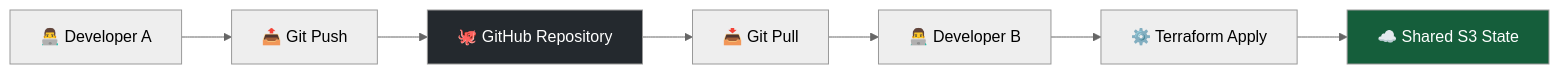
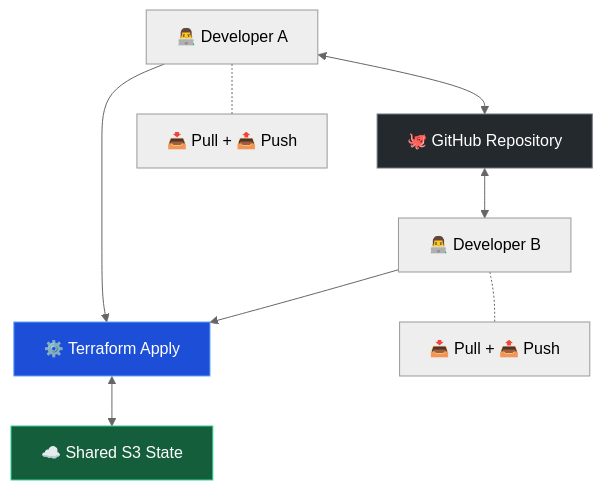
The third of 3 diagrams in day-4-state-backend-remote-location/day-4-README.md (byteAlok/Terraform-AWS), drawn with Mermaid (neutral theme) before and after one commit.

Commit message:
Update README with project details and best practices

````diff
--- a/day-4-state-backend-remote-location/day-4-README.md
+++ b/day-4-state-backend-remote-location/day-4-README.md
@@ -153,12 +153,16 @@
 ```mermaid
-flowchart LR
-    A["👨‍💻 Developer A"] --> B["📤 Git Push"]
-    B --> C["🐙 GitHub Repository"]
-    C --> D["📥 Git Pull"]
-    D --> E["👨‍💻 Developer B"]
-    E --> F["⚙️ Terraform Apply"]
-    F --> G["☁️ Shared S3 State"]
+flowchart TD
+    A["👨‍💻 Developer A"] <--> B["🐙 GitHub Repository"]
+    B <--> C["👨‍💻 Developer B"]
 
-    style C fill:#24292e,color:#fff
-    style G fill:#155e3b,color:#fff
+    A --> D["⚙️ Terraform Apply"]
+    C --> D
+    D <--> E["☁️ Shared S3 State"]
+
+    A -.- F["📥 Pull + 📤 Push"]
+    C -.- G["📥 Pull + 📤 Push"]
+
+    style B fill:#24292e,color:#ffffff,stroke:#6e7681
+    style D fill:#1d4ed8,color:#ffffff,stroke:#60a5fa
+    style E fill:#155e3b,color:#ffffff,stroke:#34d399
 ```
````
